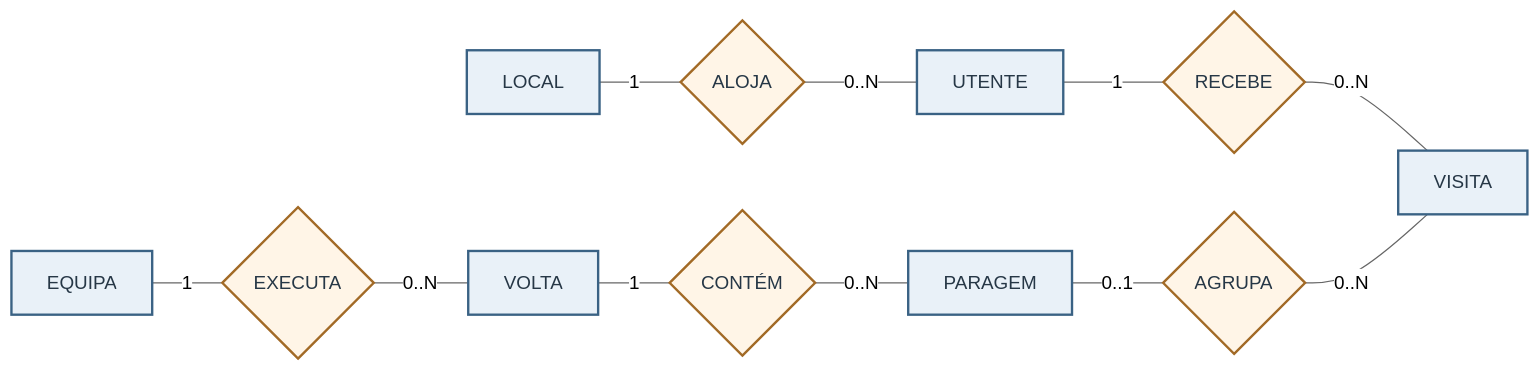
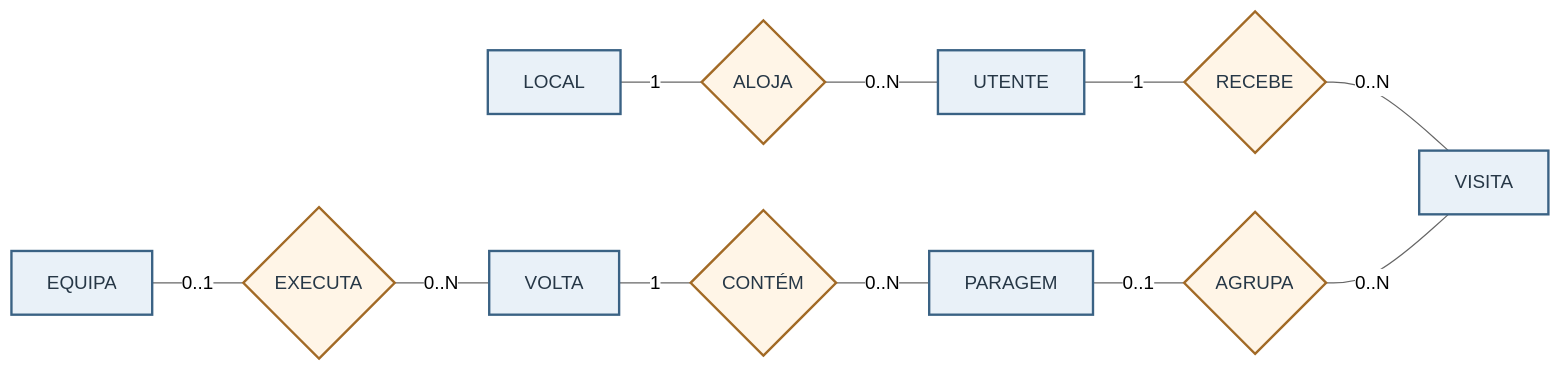
One commit to SalomaoCunha/ulsba-projeto-final changed the second of 11 diagrams in docs/modelo-dados.md. Above: the diagram before and after it, drawn with Mermaid (neutral theme). The commit also changed other lines of this file and 1 other file, not shown here.

````diff
--- a/docs/modelo-dados.md
+++ b/docs/modelo-dados.md
@@ -262,15 +264,15 @@
 ```mermaid
 flowchart LR
   classDef entidade fill:#e9f1f8,stroke:#3a6284,stroke-width:2px,color:#263746
   classDef relacao fill:#fff5e7,stroke:#a26a26,stroke-width:2px,color:#263746
   LO[LOCAL]:::entidade ---|1| AL{ALOJA}:::relacao
   AL ---|0..N| UT[UTENTE]:::entidade
   UT ---|1| REC{RECEBE}:::relacao
   REC ---|0..N| VI[VISITA]:::entidade
-  EQ[EQUIPA]:::entidade ---|1| EX{EXECUTA}:::relacao
+  EQ[EQUIPA]:::entidade ---|0..1| EX{EXECUTA}:::relacao
   EX ---|0..N| VO[VOLTA]:::entidade
   VO ---|1| CON{CONTÉM}:::relacao
   CON ---|0..N| PA[PARAGEM]:::entidade
   PA ---|0..1| AGR{AGRUPA}:::relacao
   AGR ---|0..N| VI
 ```
````
